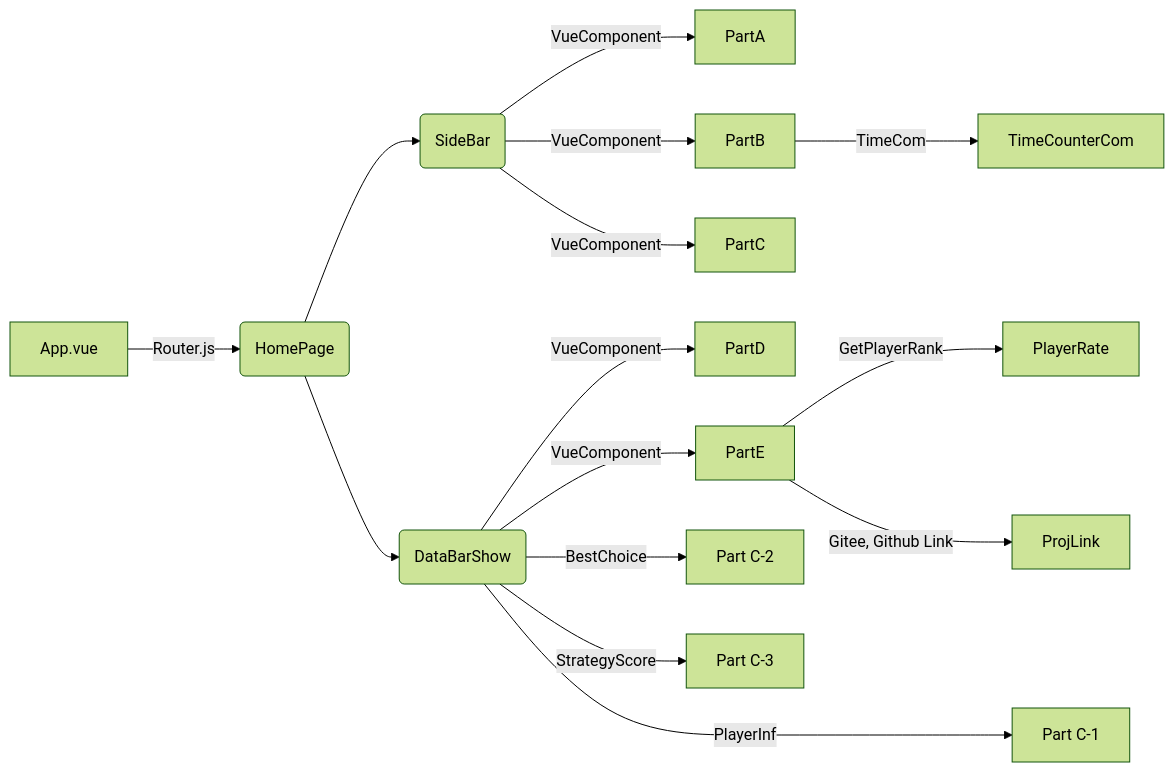
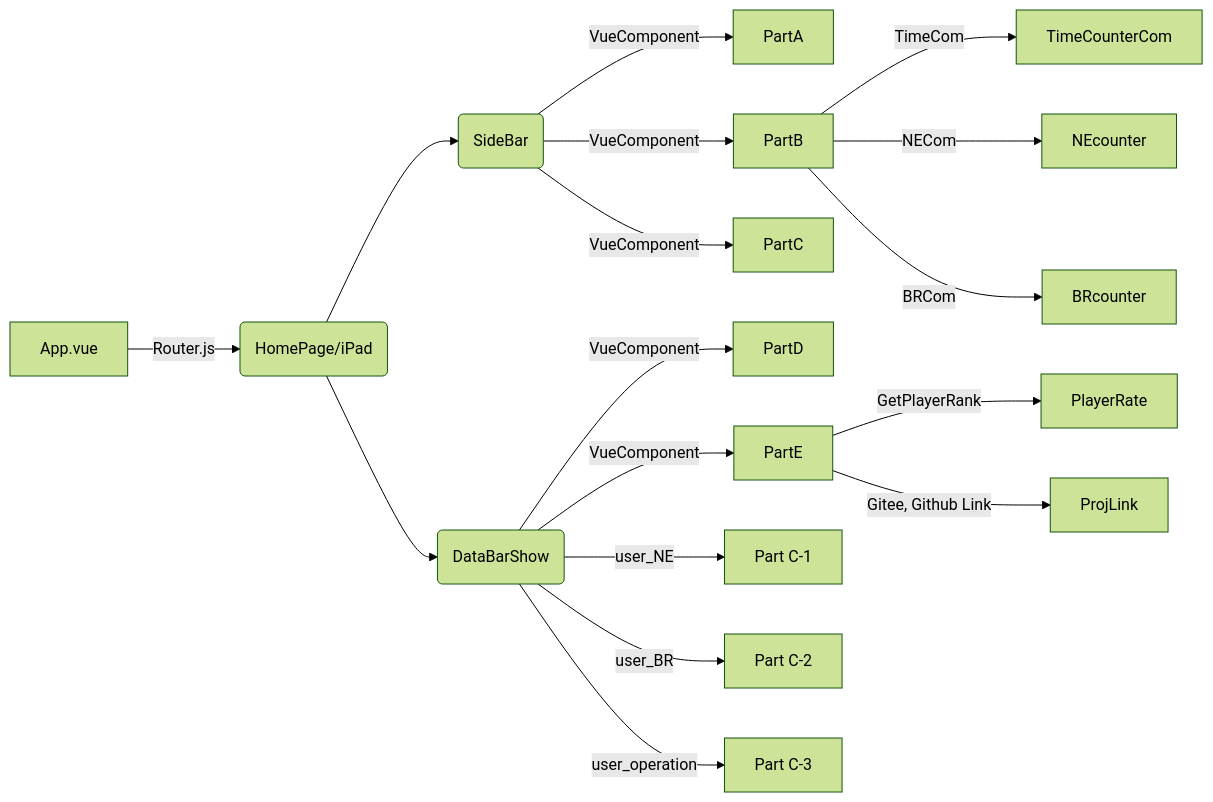
Before and after one commit to QianZeHao123/Nashsweeper: the first of 2 diagrams in README.md, drawn with Mermaid (forest theme). The commit also changed other lines of this file, not shown here.

````diff
--- a/README.md
+++ b/README.md
@@ -13,17 +59,19 @@
 ```mermaid
 graph LR
-App[App.vue]--Router.js-->HomePage(HomePage)
+App[App.vue]--Router.js-->HomePage(HomePage/iPad)
 HomePage-->SideBar(SideBar)
 HomePage-->DataBarShow(DataBarShow)
 SideBar--VueComponent-->PartA[PartA]
 SideBar--VueComponent-->PartB[PartB]
 SideBar--VueComponent-->PartC[PartC]
 DataBarShow--VueComponent-->PartD[PartD]
 DataBarShow--VueComponent-->PartE[PartE]
-DataBarShow--PlayerInfo-->PartC-1[Part C-1]
-DataBarShow--BestChoice-->PartC-2[Part C-2]
-DataBarShow--StrategyScore-->PartC-3[Part C-3]
+DataBarShow--user_NE-->PartC-1[Part C-1]
+DataBarShow--user_BR-->PartC-2[Part C-2]
+DataBarShow--user_operation-->PartC-3[Part C-3]
 PartB--TimeCom-->TimeCounterCom
+PartB--NECom-->NEcounter
+PartB--BRCom-->BRcounter
 PartE--GetPlayerRank-->PlayerRate
 PartE--Gitee, Github Link-->ProjLink
 ```
````
